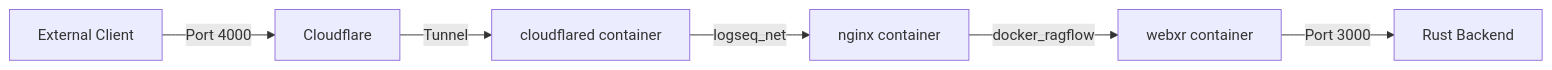
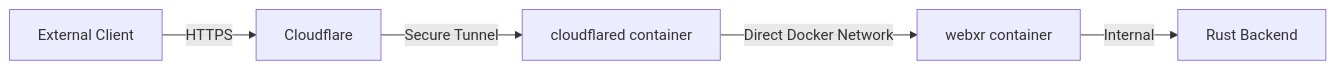
One commit to DreamLab-AI/VisionFlow changed the diagram in NETWORK_SETUP.md. Above: the diagram before and after it, drawn with Mermaid. The commit also changed other lines of this file and 1 other file, not shown here.

Commit message:
about to test removal of nginx and rely on docker - docker networking

````diff
--- a/NETWORK_SETUP.md
+++ b/NETWORK_SETUP.md
@@ -9,8 +9,7 @@
 ```mermaid
 graph LR
-    A[External Client] -->|Port 4000| B[Cloudflare]
-    B -->|Tunnel| C[cloudflared container]
-    C -->|logseq_net| D[nginx container]
-    D -->|docker_ragflow| E[webxr container]
-    E -->|Port 3000| F[Rust Backend]
+    A[External Client] -->|HTTPS| B[Cloudflare]
+    B -->|Secure Tunnel| C[cloudflared container]
+    C -->|Direct Docker Network| D[webxr container]
+    D -->|Internal| E[Rust Backend]
 ```
````
